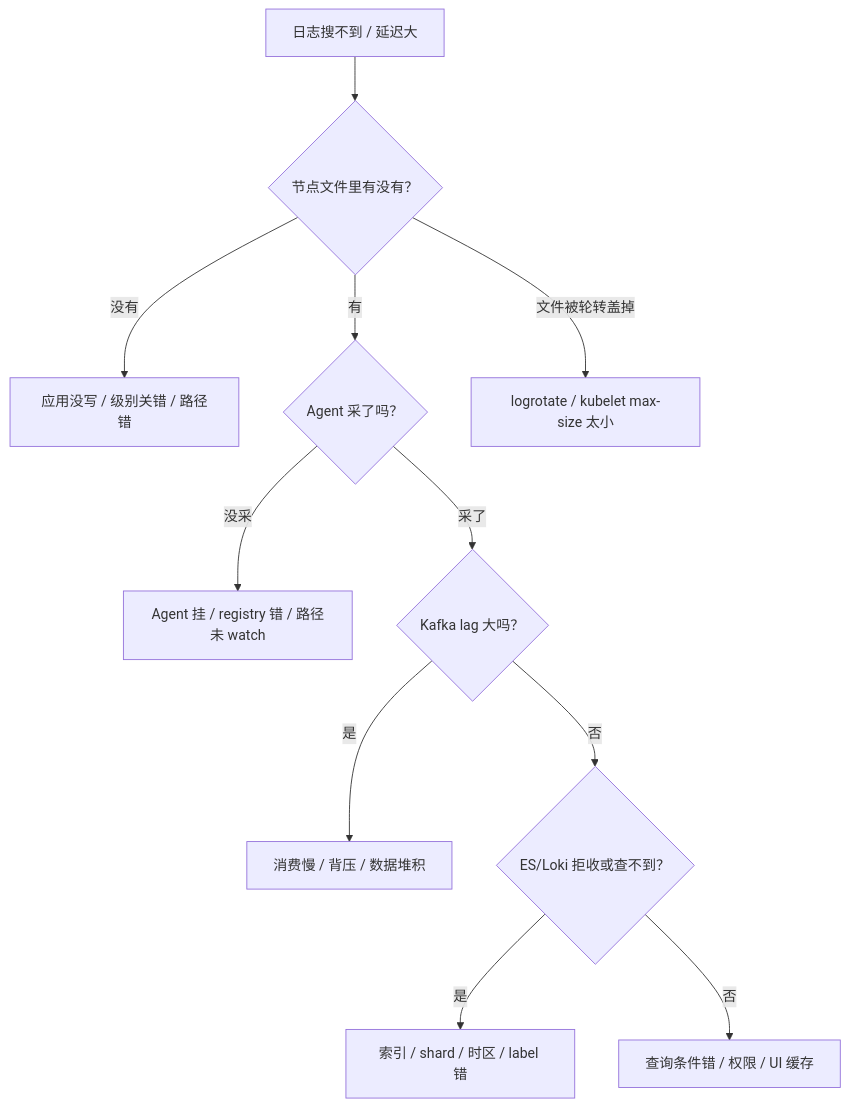
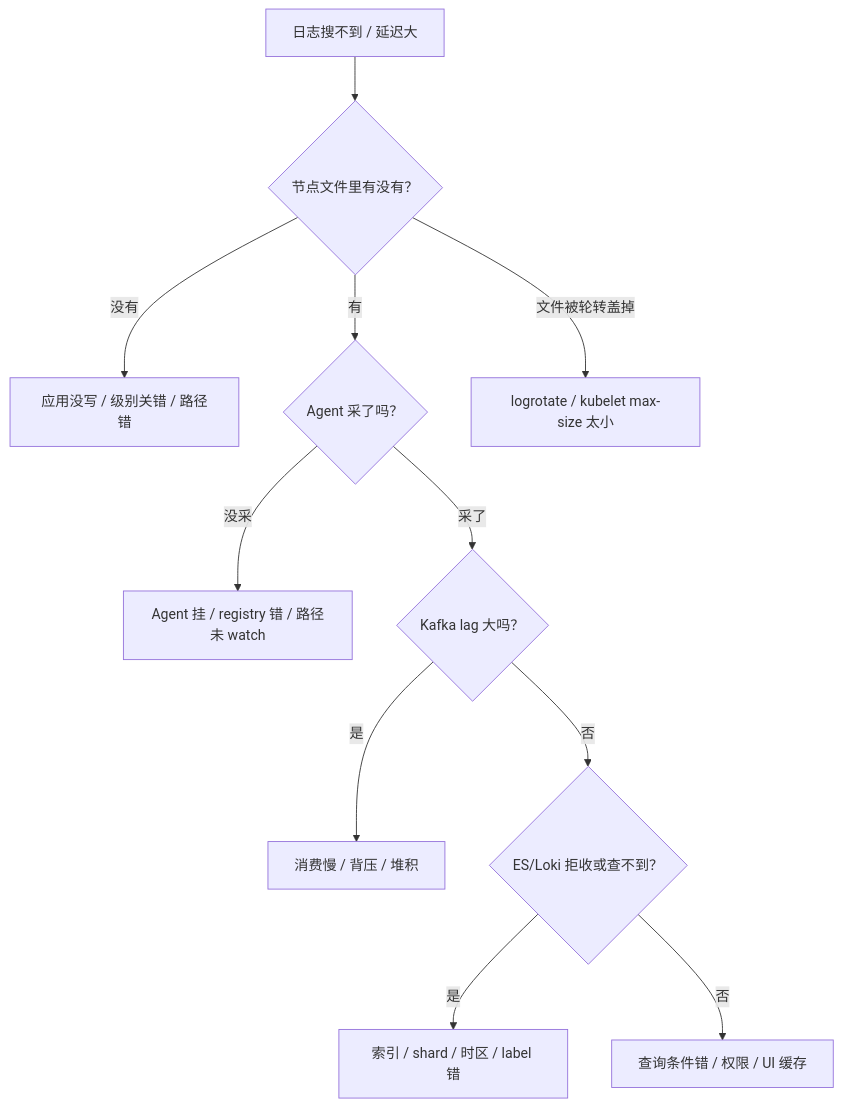
The third of 3 diagrams in 09-可观测性与SRE方法论/04-日志链路与采集/知识点.md (ml-cuizijun/LearnToLilith), drawn with Mermaid before and after one commit. The commit also changed other lines of this file and 178 other files, not shown here.

````diff
--- a/09-可观测性与SRE方法论/04-日志链路与采集/知识点.md
+++ b/09-可观测性与SRE方法论/04-日志链路与采集/知识点.md
@@ -556,13 +440,13 @@
 ```mermaid
 flowchart TD
     A[日志搜不到 / 延迟大] --> B{节点文件里有没有？}
     B -->|没有| C[应用没写 / 级别关错 / 路径错]
     B -->|有| D{Agent 采了吗？}
     D -->|没采| E[Agent 挂 / registry 错 / 路径未 watch]
     D -->|采了| F{Kafka lag 大吗？}
-    F -->|是| G[消费慢 / 背压 / 数据堆积]
+    F -->|是| G[消费慢 / 背压 / 堆积]
     F -->|否| H{ES/Loki 拒收或查不到？}
     H -->|是| I[索引 / shard / 时区 / label 错]
     H -->|否| J[查询条件错 / 权限 / UI 缓存]
     B -->|文件被轮转盖掉| K[logrotate / kubelet max-size 太小]
 ```
````
